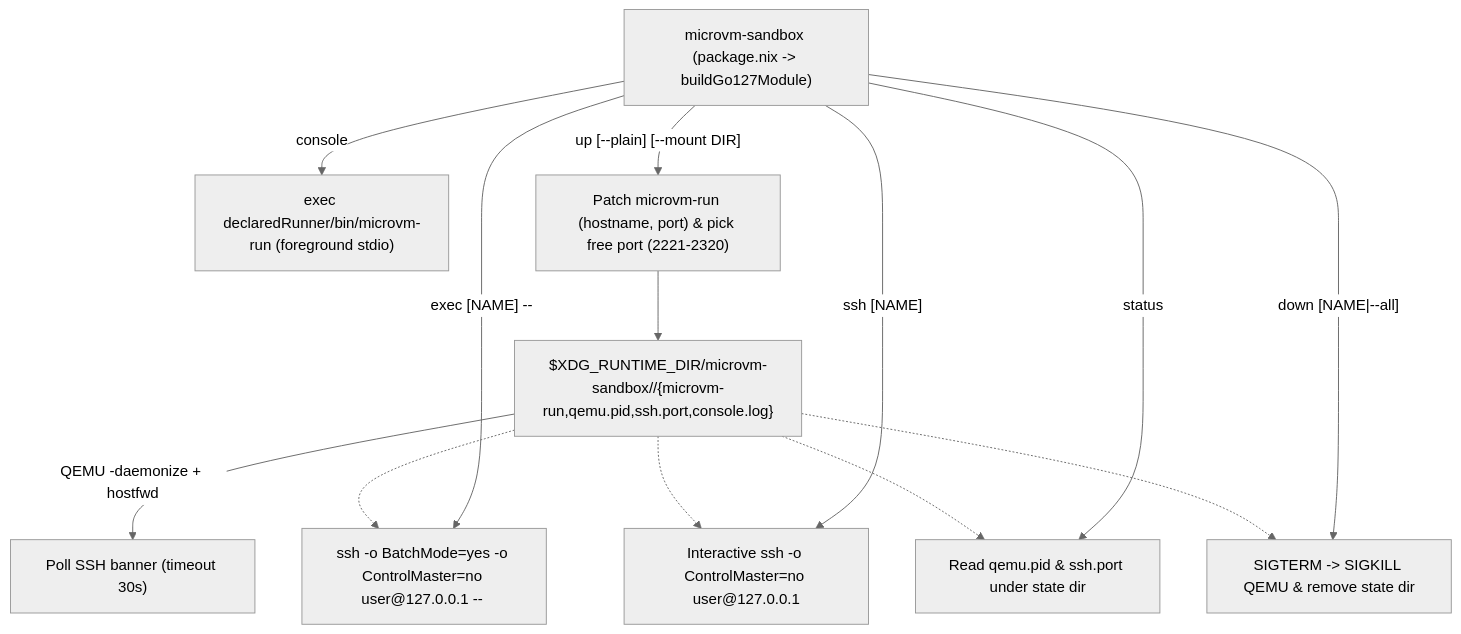
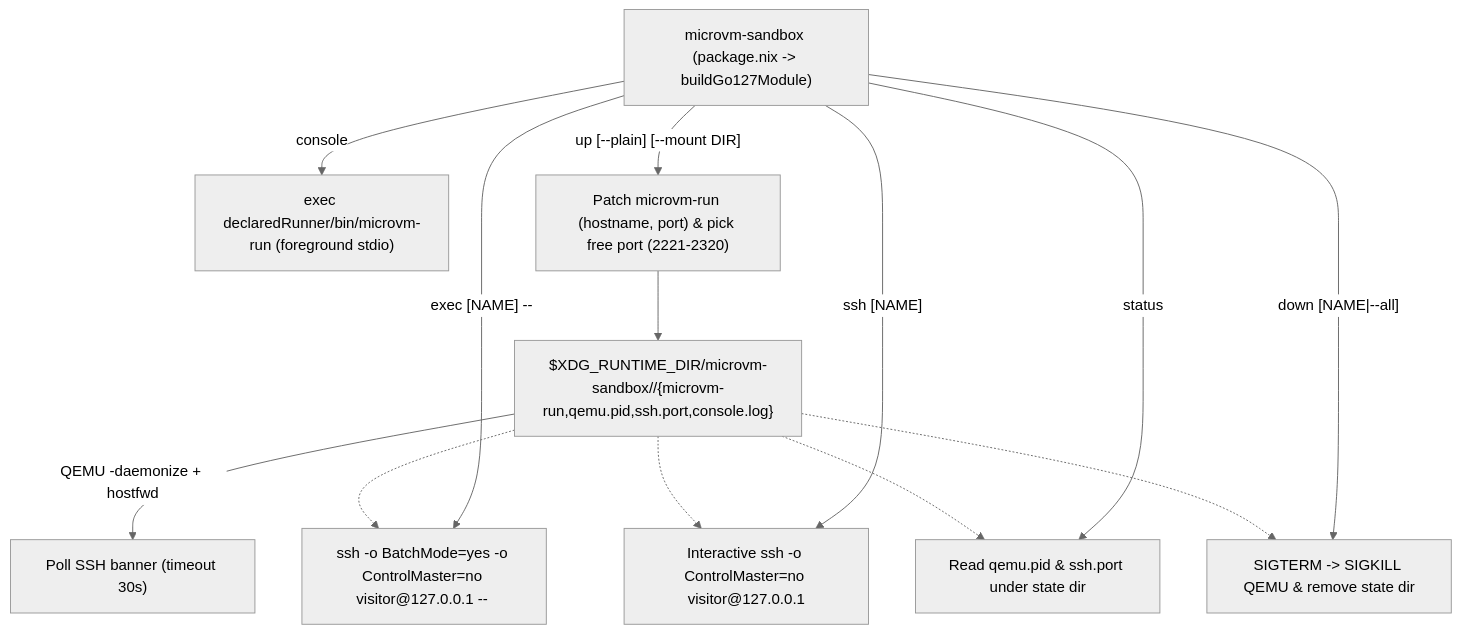
The second of 2 diagrams in nixos/hosts/sandbox/README.md (kachick/dotfiles), drawn with Mermaid (neutral theme) before and after one commit. The commit also changed other lines of this file and 26 other files, not shown here.

````diff
--- a/nixos/hosts/sandbox/README.md
+++ b/nixos/hosts/sandbox/README.md
@@ -68,20 +68,20 @@
 ```mermaid
 flowchart TD
     cli["microvm-sandbox (package.nix -> buildGo127Module)"]
 
     cli -->|"console"| fg["exec declaredRunner/bin/microvm-run (foreground stdio)"]
 
     cli -->|"up [--plain] [--mount DIR] <NAME>"| up["Patch microvm-run (hostname, port) & pick free port (2221-2320)"]
     up --> state["$XDG_RUNTIME_DIR/microvm-sandbox/<NAME>/{microvm-run,qemu.pid,ssh.port,console.log}"]
     state -->|"QEMU -daemonize + hostfwd"| wait["Poll SSH banner (timeout 30s)"]
 
-    cli -->|"exec [NAME] -- <CMD>"| exec_cmd["ssh -o BatchMode=yes -o ControlMaster=no user@127.0.0.1 -- <CMD>"]
-    cli -->|"ssh [NAME]"| ssh_cmd["Interactive ssh -o ControlMaster=no user@127.0.0.1"]
+    cli -->|"exec [NAME] -- <CMD>"| exec_cmd["ssh -o BatchMode=yes -o ControlMaster=no visitor@127.0.0.1 -- <CMD>"]
+    cli -->|"ssh [NAME]"| ssh_cmd["Interactive ssh -o ControlMaster=no visitor@127.0.0.1"]
     cli -->|"status"| status_cmd["Read qemu.pid & ssh.port under state dir"]
     cli -->|"down [NAME|--all]"| down_cmd["SIGTERM -> SIGKILL QEMU & remove state dir"]
 
     state -.-> exec_cmd
     state -.-> ssh_cmd
     state -.-> status_cmd
     state -.-> down_cmd
 ```
````
